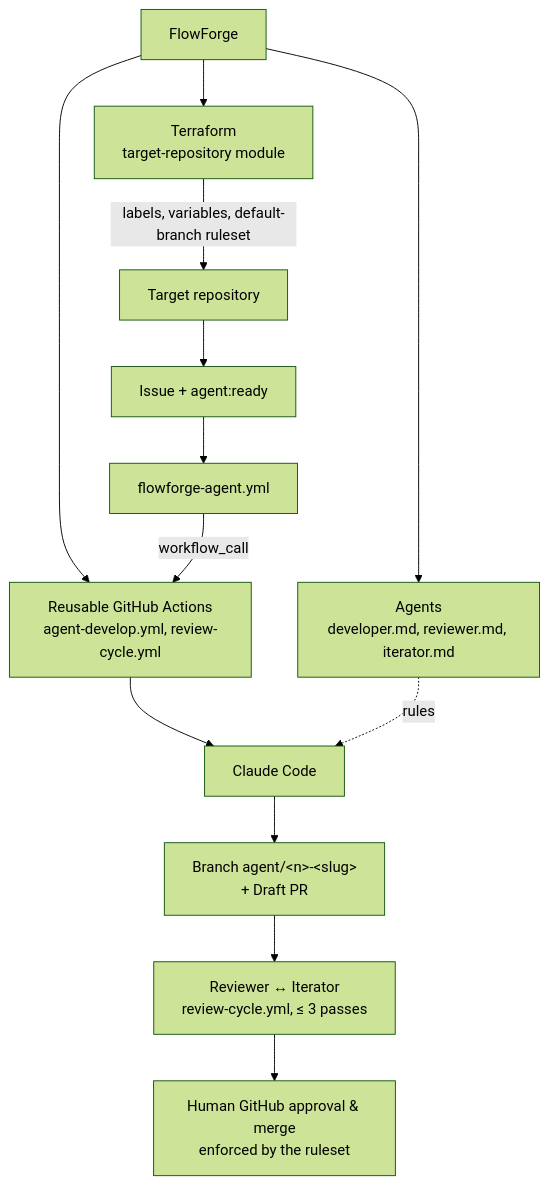
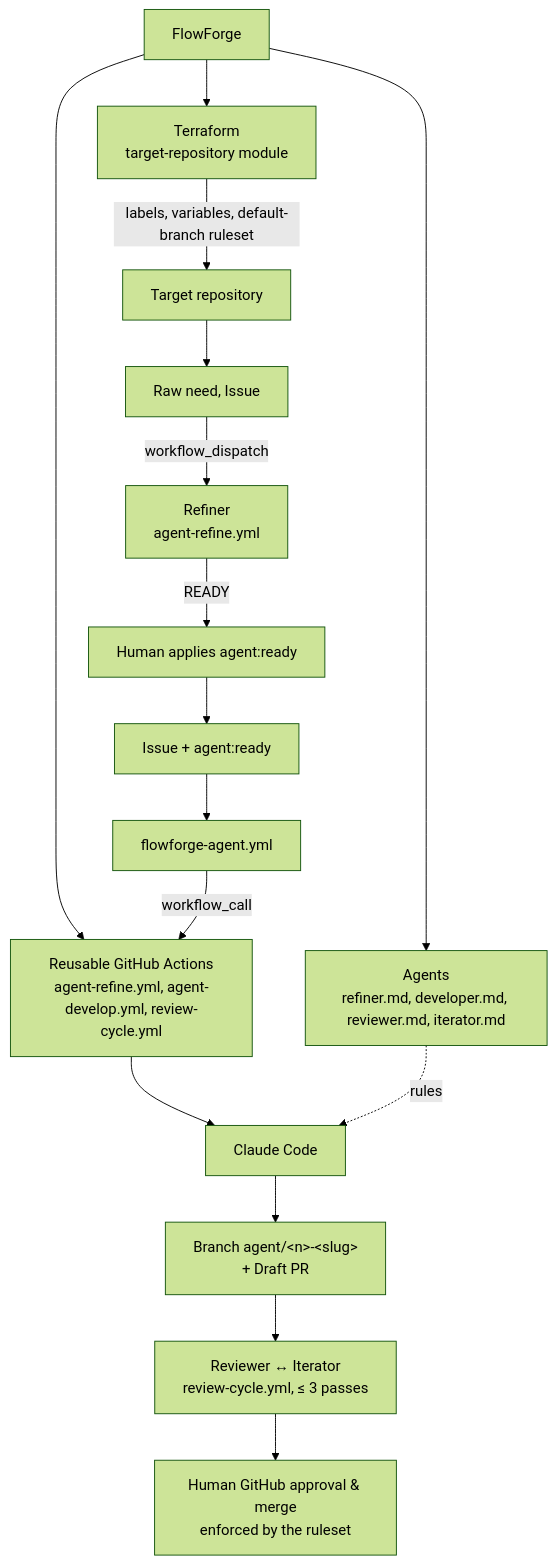
The diagram in README.md (TiPunchLabs/flowforge), drawn with Mermaid (forest theme) before and after one commit. The commit also changed other lines of this file and 4 other files, not shown here.

````diff
--- a/README.md
+++ b/README.md
@@ -34,16 +35,19 @@
 ```mermaid
 flowchart TD
     FF[FlowForge] --> TF[Terraform<br/>target-repository module]
-    FF --> WF[Reusable GitHub Actions<br/>agent-develop.yml, review-cycle.yml]
-    FF --> AG[Agents<br/>developer.md, reviewer.md, iterator.md]
+    FF --> WF[Reusable GitHub Actions<br/>agent-refine.yml, agent-develop.yml, review-cycle.yml]
+    FF --> AG[Agents<br/>refiner.md, developer.md, reviewer.md, iterator.md]
 
     TF -- labels, variables, default-branch ruleset --> T[Target repository]
-    T --> I[Issue + agent:ready]
+    T --> N[Raw need, Issue]
+    N -- workflow_dispatch --> RF[Refiner<br/>agent-refine.yml]
+    RF -- READY --> HR[Human applies agent:ready]
+    HR --> I[Issue + agent:ready]
     I --> C[flowforge-agent.yml]
     C -- workflow_call --> WF
     WF --> CC[Claude Code]
     AG -.rules.-> CC
     CC --> PR[Branch agent/&lt;n&gt;-&lt;slug&gt;<br/>+ Draft PR]
     PR --> RC[Reviewer ↔ Iterator<br/>review-cycle.yml, ≤ 3 passes]
     RC --> H[Human GitHub approval & merge<br/>enforced by the ruleset]
 ```
````
